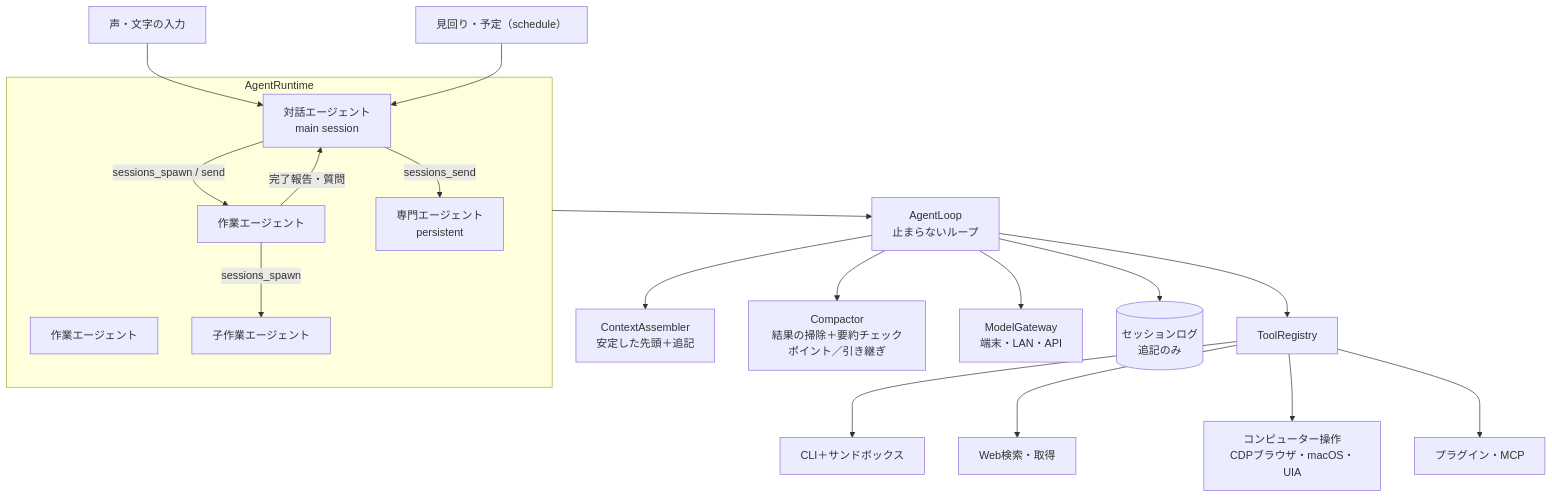
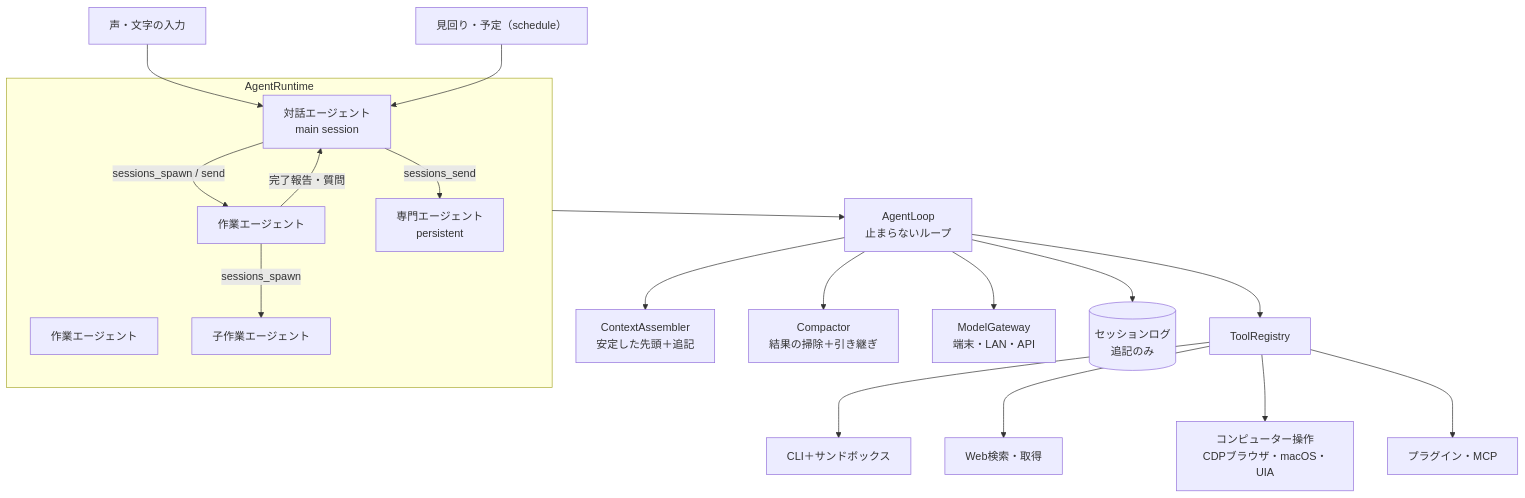
One commit to coco4atJP/Tepora-alpha changed the diagram in Tepora-v3/docs/AGENT-HARNESS.md. Above: the diagram before and after it, drawn with Mermaid. The commit also changed other lines of this file and 22 other files, not shown here.

````diff
--- a/Tepora-v3/docs/AGENT-HARNESS.md
+++ b/Tepora-v3/docs/AGENT-HARNESS.md
@@ -19,25 +19,25 @@
 ```mermaid
 flowchart TD
   Voice[声・文字の入力] --> Main
   Timer[見回り・予定（schedule）] --> Main
   subgraph Runtime[AgentRuntime]
     Main[対話エージェント<br>main session]
     W1[作業エージェント]
     W2[作業エージェント]
     S[専門エージェント<br>persistent]
     Main -- sessions_spawn / send --> W1
     Main -- sessions_send --> S
     W1 -- 完了報告・質問 --> Main
     W1 -- sessions_spawn --> W3[子作業エージェント]
   end
   Runtime --> Loop[AgentLoop<br>止まらないループ]
   Loop --> Ctx[ContextAssembler<br>安定した先頭＋追記]
-  Loop --> Cmp[Compactor<br>結果の掃除＋要約チェックポイント／引き継ぎ]
+  Loop --> Cmp[Compactor<br>結果の掃除＋引き継ぎ]
   Loop --> GW[ModelGateway<br>端末・LAN・API]
   Loop --> Tools[ToolRegistry]
   Tools --> Exec[CLI＋サンドボックス]
   Tools --> Web[Web検索・取得]
   Tools --> PC[コンピューター操作<br>CDPブラウザ・macOS・UIA]
   Tools --> Ext[プラグイン・MCP]
   Loop --> Log[(セッションログ<br>追記のみ)]
 ```
````
